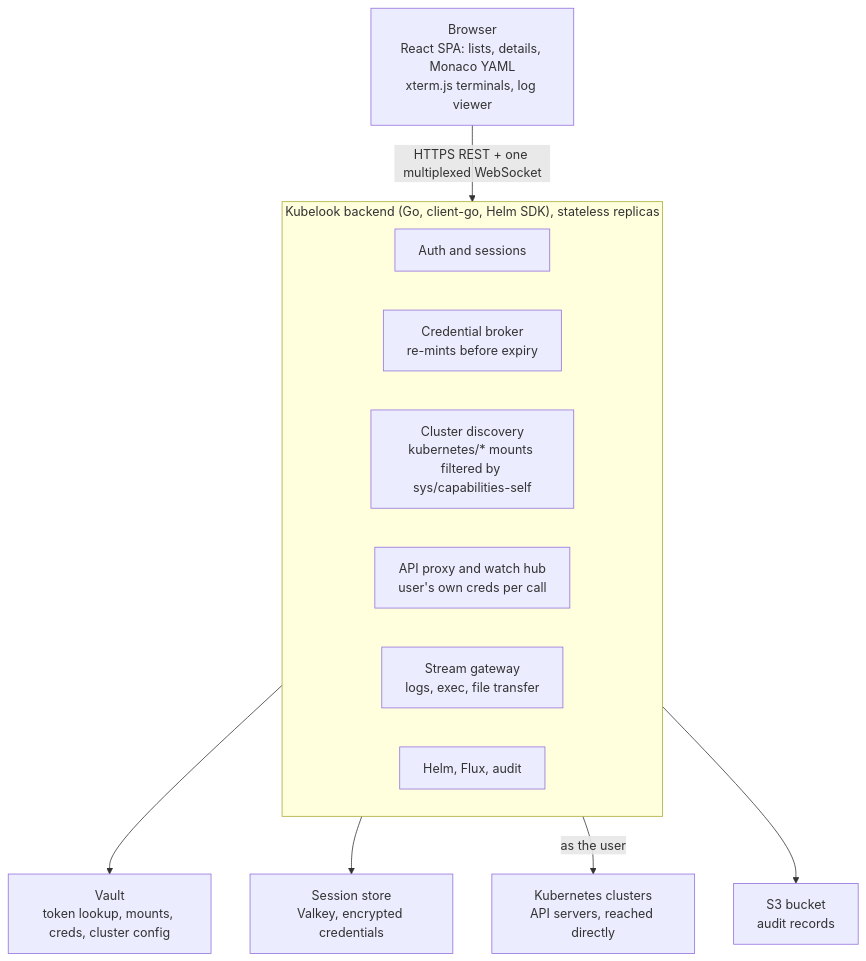
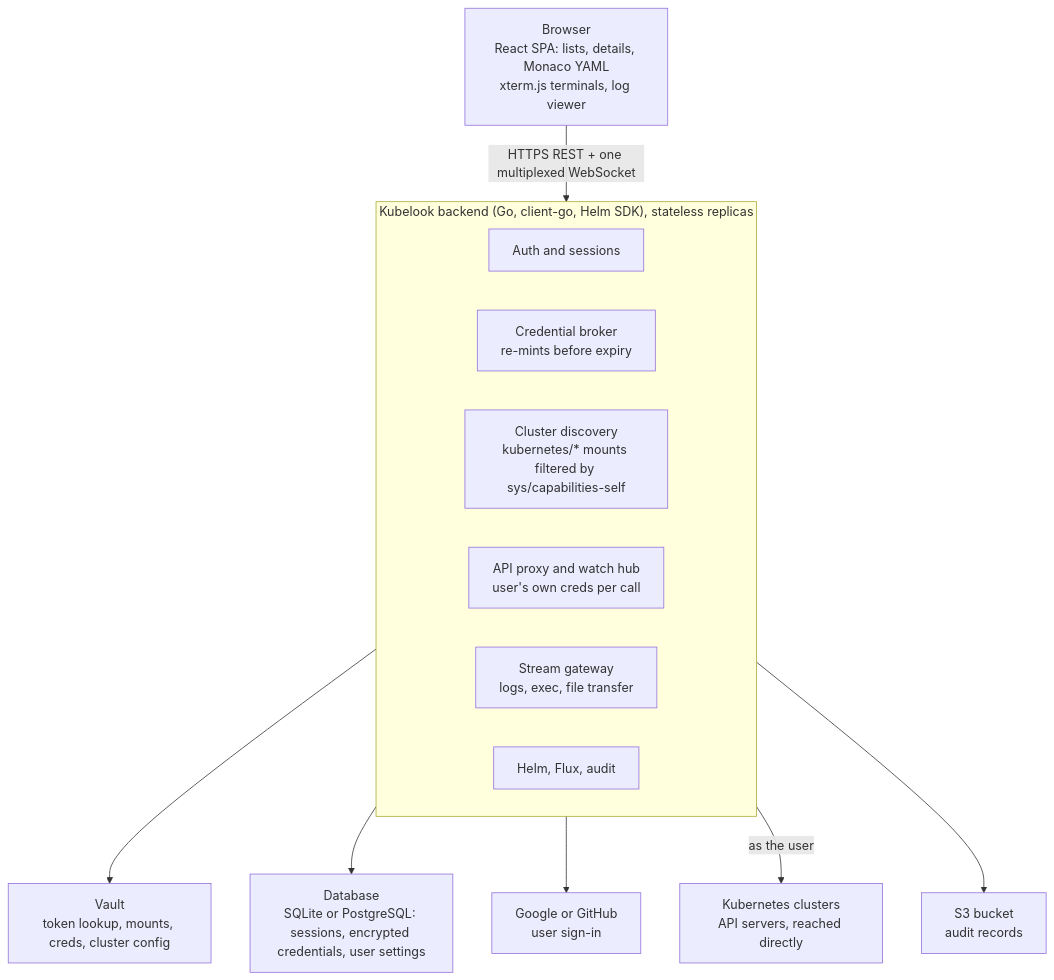
One commit to bdnix/kubelook changed the diagram in docs/spec.md. Above: the diagram before and after it, drawn with Mermaid. The commit also changed other lines of this file, not shown here.

First line of the commit message:
Add Google and GitHub sign-in and a relational database

````diff
--- a/docs/spec.md
+++ b/docs/spec.md
@@ -88,21 +102,23 @@
 ```mermaid
 flowchart TB
   browser["Browser<br/>React SPA: lists, details, Monaco YAML<br/>xterm.js terminals, log viewer"]
   subgraph backend["Kubelook backend (Go, client-go, Helm SDK), stateless replicas"]
     auth["Auth and sessions"]
     broker["Credential broker<br/>re-mints before expiry"]
     discovery["Cluster discovery<br/>kubernetes/* mounts filtered by sys/capabilities-self"]
     proxy["API proxy and watch hub<br/>user's own creds per call"]
     streams["Stream gateway<br/>logs, exec, file transfer"]
     ops["Helm, Flux, audit"]
   end
   vault["Vault<br/>token lookup, mounts, creds, cluster config"]
-  store["Session store<br/>Valkey, encrypted credentials"]
+  store["Database<br/>SQLite or PostgreSQL: sessions, encrypted credentials, user settings"]
+  idp["Google or GitHub<br/>user sign-in"]
   clusters["Kubernetes clusters<br/>API servers, reached directly"]
   s3["S3 bucket<br/>audit records"]
   browser -- "HTTPS REST + one multiplexed WebSocket" --> backend
   backend --> vault
   backend --> store
+  backend --> idp
   backend -- "as the user" --> clusters
   backend --> s3
 ```
````
